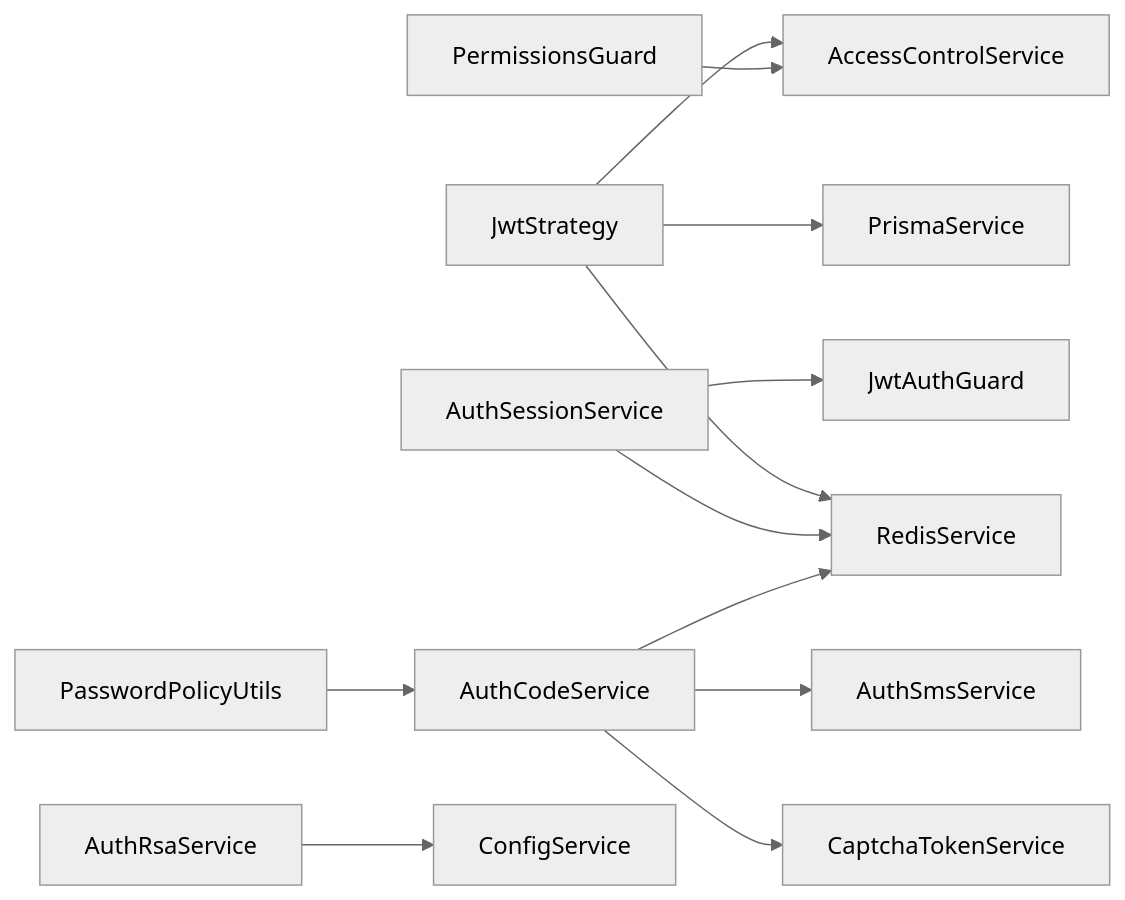
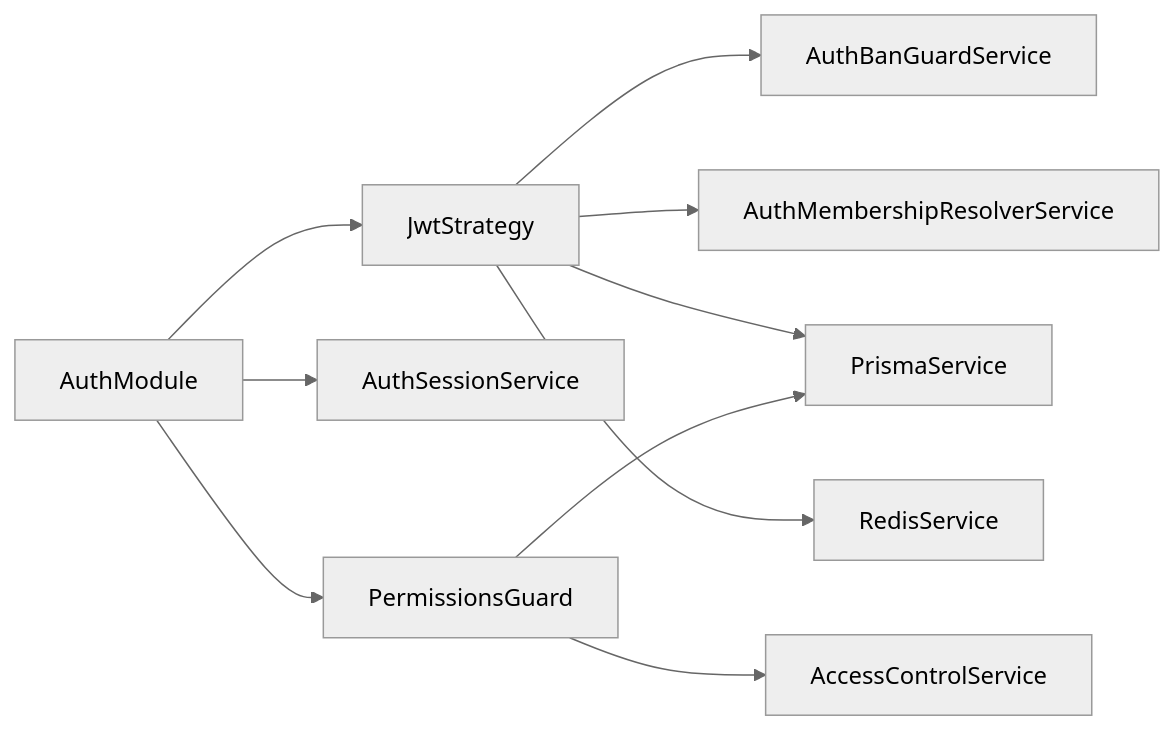
The seventh of 7 diagrams in .qoder/repowiki/zh/content/架构设计/安全架构.md (rc558620/purelyprofit-server), drawn with Mermaid (neutral theme) before and after one commit. The commit also changed other lines of this file and 55 other files, not shown here.

````diff
--- a/.qoder/repowiki/zh/content/架构设计/安全架构.md
+++ b/.qoder/repowiki/zh/content/架构设计/安全架构.md
@@ -536,14 +310,12 @@
 ```mermaid
 graph LR
-JST["JwtStrategy"] --> PRS["PrismaService"]
-JST --> RDS["RedisService"]
-JST --> ACS["AccessControlService"]
-PG["PermissionsGuard"] --> ACS
-ASS["AuthSessionService"] --> RDS
-ASS --> JWG["JwtAuthGuard"]
-ACODE["AuthCodeService"] --> CTS["CaptchaTokenService"]
-ACODE --> ASMS["AuthSmsService"]
-ACODE --> RDS
-ARSA["AuthRsaService"] --> CFG["ConfigService"]
-PSM["PasswordPolicyUtils"] --> ACODE
+AuthModule["AuthModule"] --> JwtStrategy["JwtStrategy"]
+AuthModule --> AuthSessionService["AuthSessionService"]
+AuthModule --> PermissionsGuard["PermissionsGuard"]
+JwtStrategy --> AuthBanGuardService["AuthBanGuardService"]
+JwtStrategy --> AuthMembershipResolverService["AuthMembershipResolverService"]
+JwtStrategy --> Prisma["PrismaService"]
+JwtStrategy --> Redis["RedisService"]
+PermissionsGuard --> AccessControlService["AccessControlService"]
+PermissionsGuard --> Prisma
 ```
````
